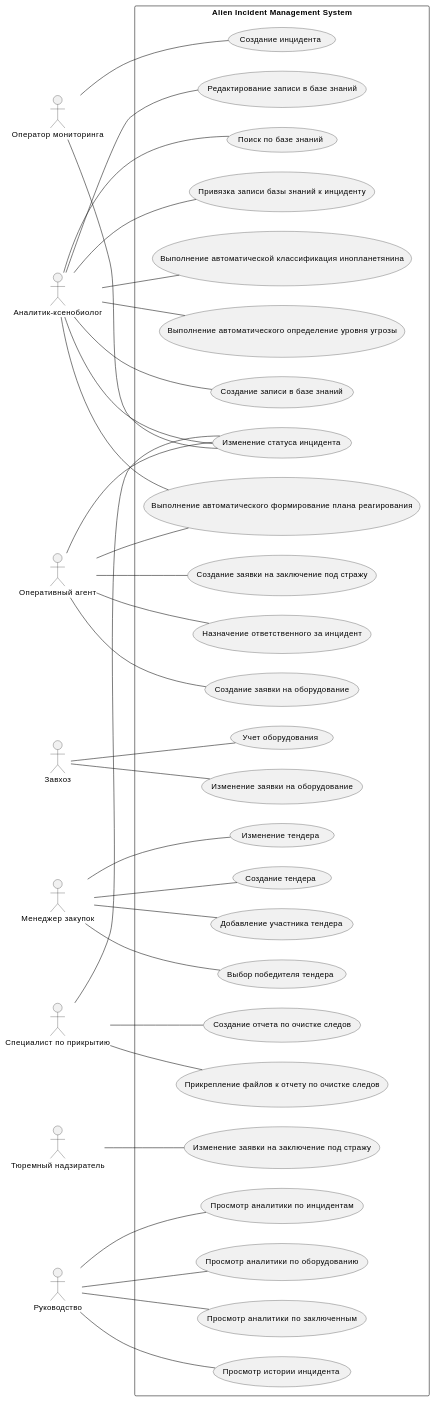
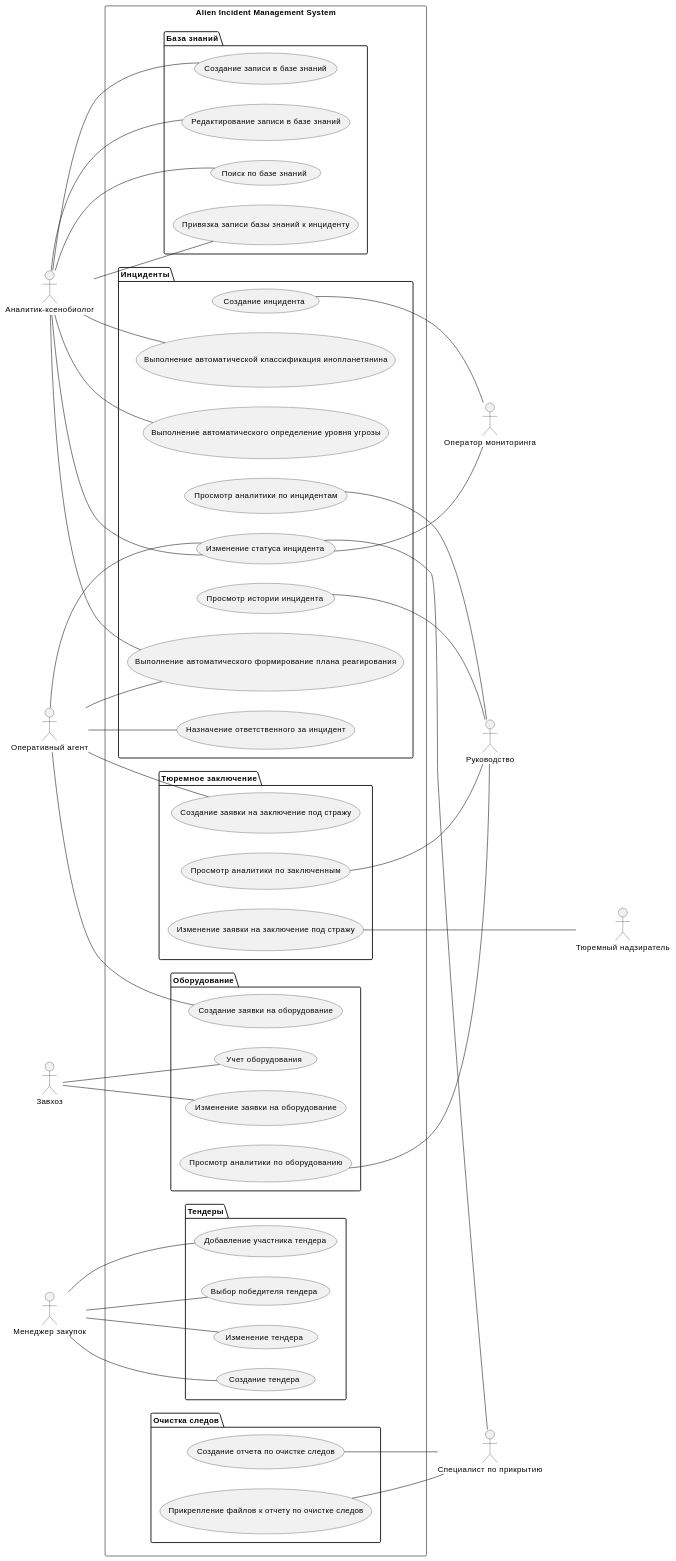
Before and after one commit to Andryss/AIMS: the diagram in UseCase.md, drawn with PlantUML.

Commit message:
Add grouping

````diff
--- a/UseCase.md
+++ b/UseCase.md
@@ -3,3 +3,4 @@
+```plantuml
 @startuml
 left to right direction
 
@@ -14,42 +15,69 @@
 
 rectangle "Alien Incident Management System" {
 
+package "Инциденты" {
+
 (Создание инцидента) as UC1
 (Изменение статуса инцидента) as UC2
 (Назначение ответственного за инцидент) as UC3
 (Просмотр истории инцидента) as UC4
+
+(Просмотр аналитики по инцидентам) as UC20
+
+(Выполнение автоматической классификация инопланетянина) as UC23
+(Выполнение автоматического определение уровня угрозы) as UC24
+(Выполнение автоматического формирование плана реагирования) as UC25
+
+}
+
+package "База знаний" {
 
 (Создание записи в базе знаний) as UC5
 (Редактирование записи в базе знаний) as UC6
 (Поиск по базе знаний) as UC7
 (Привязка записи базы знаний к инциденту) as UC8
 
+}
+
+package "Оборудование" {
+
 (Создание заявки на оборудование) as UC9
 (Изменение заявки на оборудование) as UC10
 (Учет оборудования) as UC11
+
+(Просмотр аналитики по оборудованию) as UC21
+
+}
+
+package "Тендеры" {
 
 (Создание тендера) as UC12
 (Добавление участника тендера) as UC13
 (Выбор победителя тендера) as UC14
 (Изменение тендера) as UC15
 
+}
+
+package "Тюремное заключение" {
+
 (Создание заявки на заключение под стражу) as UC16
 (Изменение заявки на заключение под стражу) as UC17
+
+(Просмотр аналитики по заключенным) as UC22
+
+}
+
+package "Очистка следов" {
 
 (Создание отчета по очистке следов) as UC18
 (Прикрепление файлов к отчету по очистке следов) as UC19
 
-(Просмотр аналитики по инцидентам) as UC20
-(Просмотр аналитики по оборудованию) as UC21
-(Просмотр аналитики по заключенным) as UC22
-
-(Выполнение автоматической классификация инопланетянина) as UC23
-(Выполнение автоматического определение уровня угрозы) as UC24
-(Выполнение автоматического формирование плана реагирования) as UC25
 }
 
-Operator -- UC1
-Operator -- UC2
+}
+
+UC1 -- Operator
+UC2 -- Operator
 
 Analyst -- UC2
 Analyst -- UC5
@@ -74,15 +102,16 @@
 Procurement -- UC14
 Procurement -- UC15
 
-Guard -- UC17
+UC17 --- Guard
 
-Cleaner -- UC2
-Cleaner -- UC18
-Cleaner -- UC19
+UC2 -- Cleaner
+UC18 -- Cleaner
+UC19 -- Cleaner
 
-Management -- UC4
-Management -- UC20
-Management -- UC21
-Management -- UC22
+UC4 -- Management
+UC20 -- Management
+UC21 -- Management
+UC22 -- Management
 
 @enduml
+```
````
